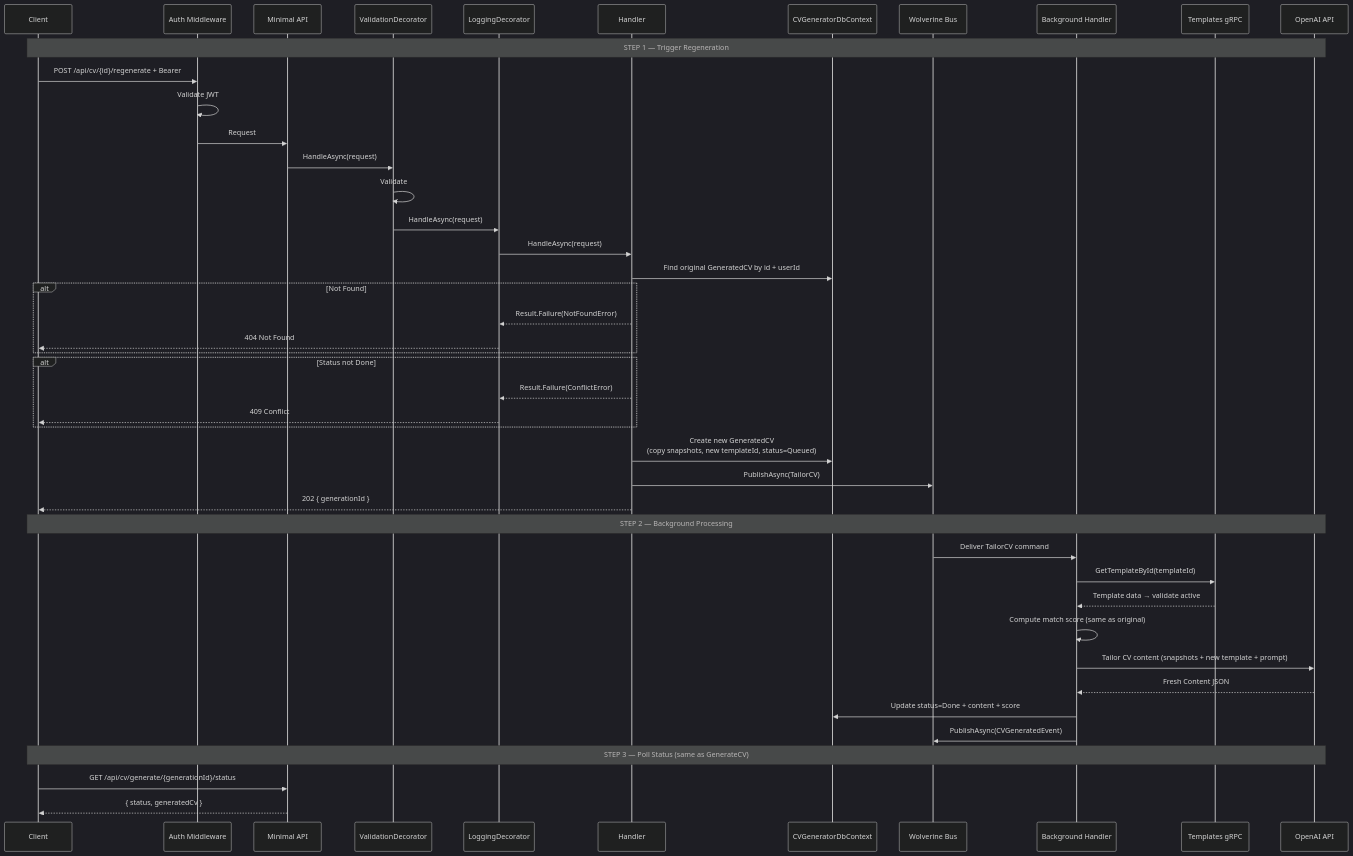
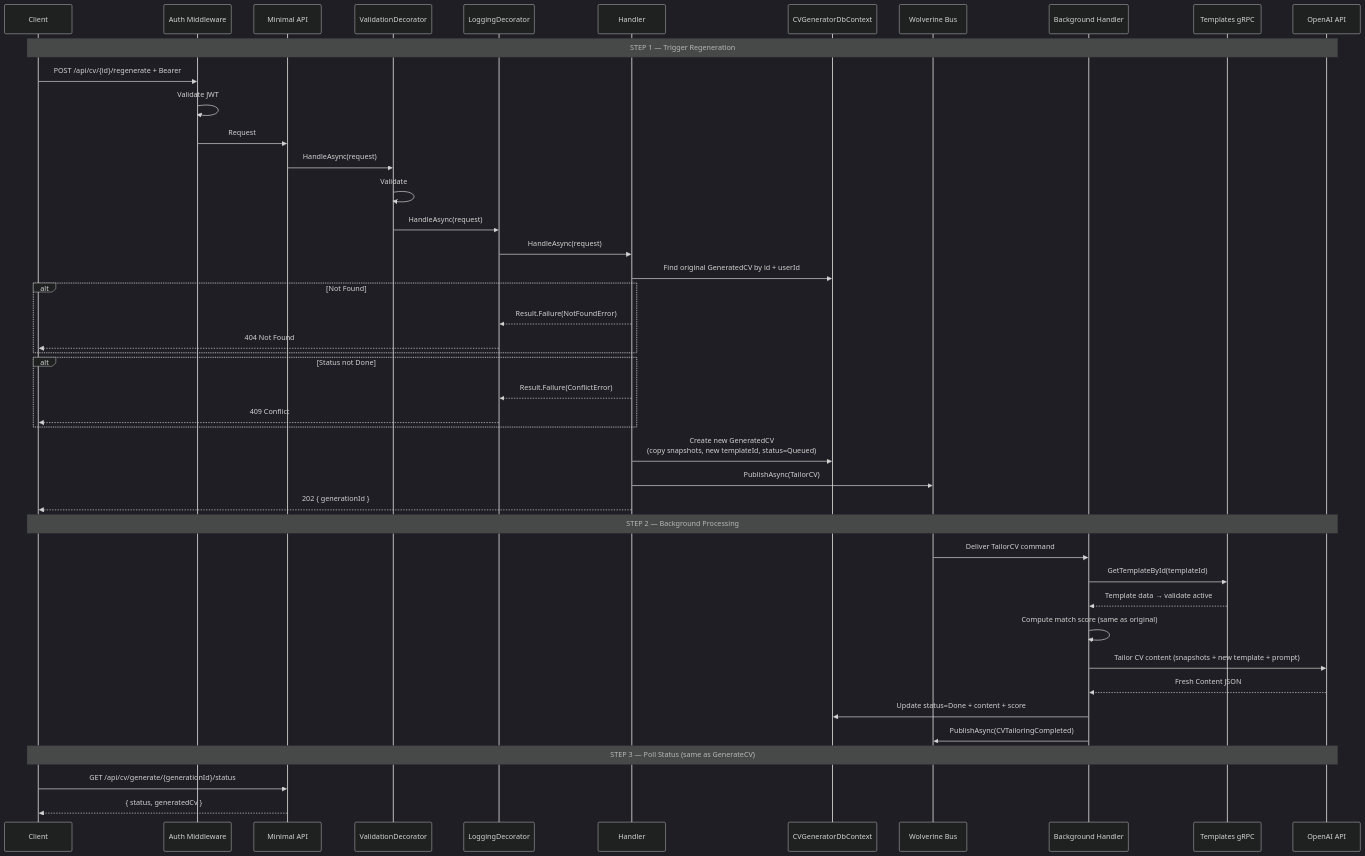
The first of 2 diagrams in docs/features/cv-generator/regenerate-cv.md (AbanoubPhelopos/TailorCV), drawn with Mermaid (dark theme) before and after one commit. The commit also changed other lines of this file and 189 other files, not shown here.

````diff
--- a/docs/features/cv-generator/regenerate-cv.md
+++ b/docs/features/cv-generator/regenerate-cv.md
@@ -127,49 +127,49 @@
 ```mermaid
 sequenceDiagram
     participant C as Client
     participant MW as Auth Middleware
     participant API as Minimal API
     participant V as ValidationDecorator
     participant L as LoggingDecorator
     participant H as Handler
     participant DB as CVGeneratorDbContext
     participant W as Wolverine Bus
     participant WH as Background Handler
     participant GRPC as Templates gRPC
     participant AI as OpenAI API
 
     Note over C,AI: STEP 1 — Trigger Regeneration
     C->>MW: POST /api/cv/{id}/regenerate + Bearer
     MW->>MW: Validate JWT
     MW->>API: Request
     API->>V: HandleAsync(request)
     V->>V: Validate
     V->>L: HandleAsync(request)
     L->>H: HandleAsync(request)
     H->>DB: Find original GeneratedCV by id + userId
     alt Not Found
         H-->>L: Result.Failure(NotFoundError)
         L-->>C: 404 Not Found
     end
     alt Status not Done
         H-->>L: Result.Failure(ConflictError)
         L-->>C: 409 Conflict
     end
     H->>DB: Create new GeneratedCV<br/>(copy snapshots, new templateId, status=Queued)
     H->>W: PublishAsync(TailorCV)
     H-->>C: 202 { generationId }
 
     Note over C,AI: STEP 2 — Background Processing
     W->>WH: Deliver TailorCV command
     WH->>GRPC: GetTemplateById(templateId)
     GRPC-->>WH: Template data → validate active
     WH->>WH: Compute match score (same as original)
     WH->>AI: Tailor CV content (snapshots + new template + prompt)
     AI-->>WH: Fresh Content JSON
     WH->>DB: Update status=Done + content + score
-    WH->>W: PublishAsync(CVGeneratedEvent)
+    WH->>W: PublishAsync(CVTailoringCompleted)
 
     Note over C,AI: STEP 3 — Poll Status (same as GenerateCV)
     C->>API: GET /api/cv/generate/{generationId}/status
     API-->>C: { status, generatedCv }
 ```
````
